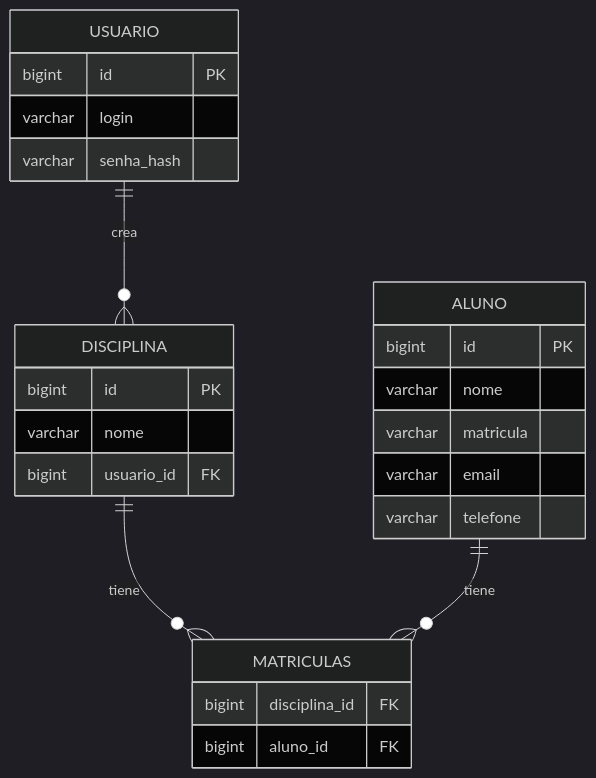
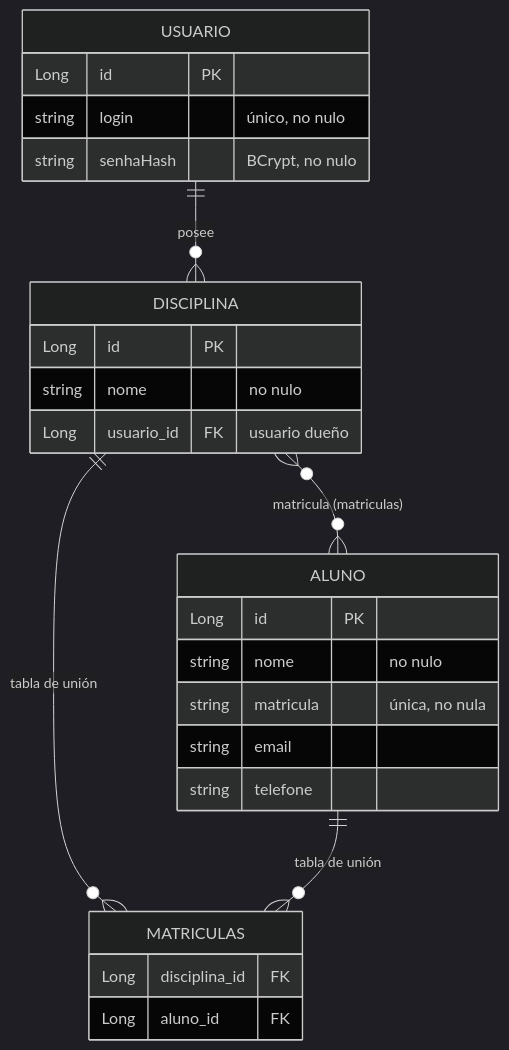
The third of 6 diagrams in README_ES.md (VictorHJesusSantiago/DualListHibernate), drawn with Mermaid (dark theme) before and after one commit. The commit also changed other lines of this file and 1 other file, not shown here.

````diff
--- a/README_ES.md
+++ b/README_ES.md
@@ -395,28 +540,33 @@
 ```mermaid
 erDiagram
-    USUARIO ||--o{ DISCIPLINA : crea
-    DISCIPLINA ||--o{ MATRICULAS : tiene
-    ALUNO ||--o{ MATRICULAS : tiene
+    USUARIO ||--o{ DISCIPLINA : "posee"
+    DISCIPLINA }o--o{ ALUNO : "matricula (matriculas)"
 
     USUARIO {
-      bigint id PK
-      varchar login
-      varchar senha_hash
+        Long id PK
+        string login "único, no nulo"
+        string senhaHash "BCrypt, no nulo"
     }
+
     DISCIPLINA {
-      bigint id PK
-      varchar nome
-      bigint usuario_id FK
+        Long id PK
+        string nome "no nulo"
+        Long usuario_id FK "usuario dueño"
     }
+
     ALUNO {
-      bigint id PK
-      varchar nome
-      varchar matricula
-      varchar email
-      varchar telefone
+        Long id PK
+        string nome "no nulo"
+        string matricula "única, no nula"
+        string email
+        string telefone
     }
+
     MATRICULAS {
-      bigint disciplina_id FK
-      bigint aluno_id FK
+        Long disciplina_id FK
+        Long aluno_id FK
     }
+
+    DISCIPLINA ||--o{ MATRICULAS : "tabla de unión"
+    ALUNO ||--o{ MATRICULAS : "tabla de unión"
 ```
````
